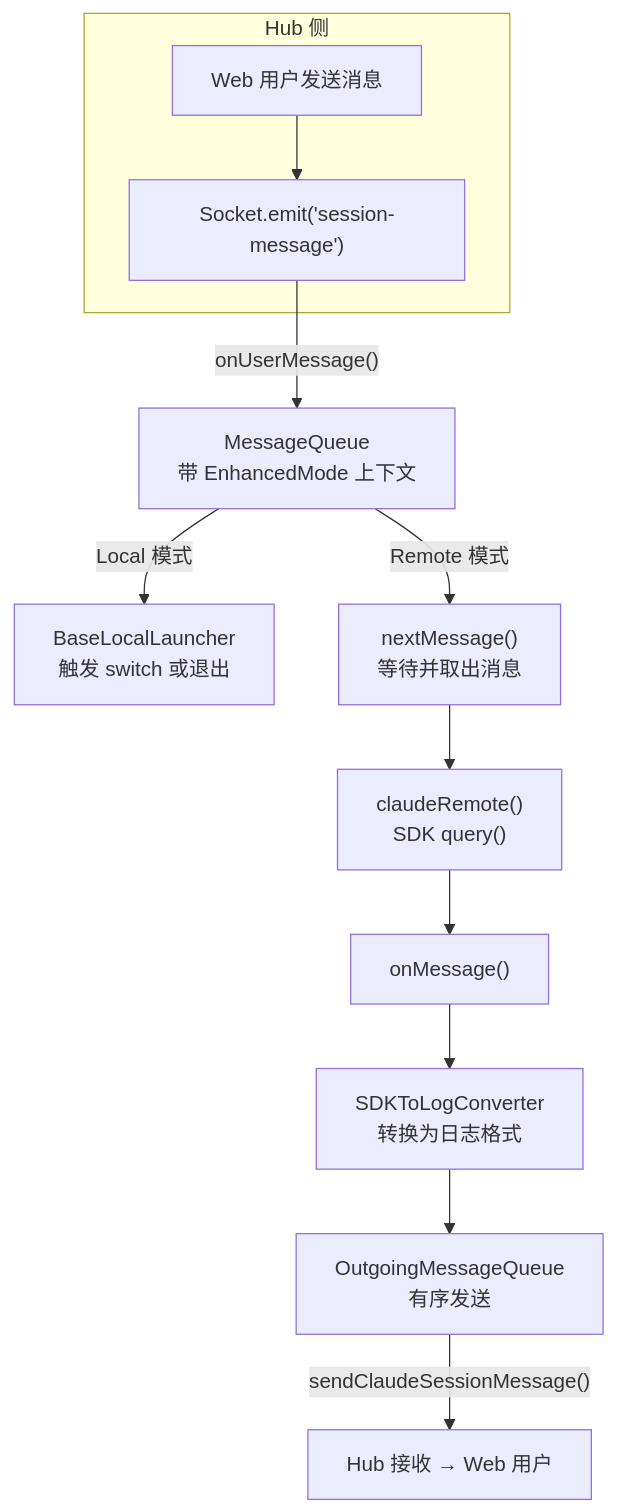
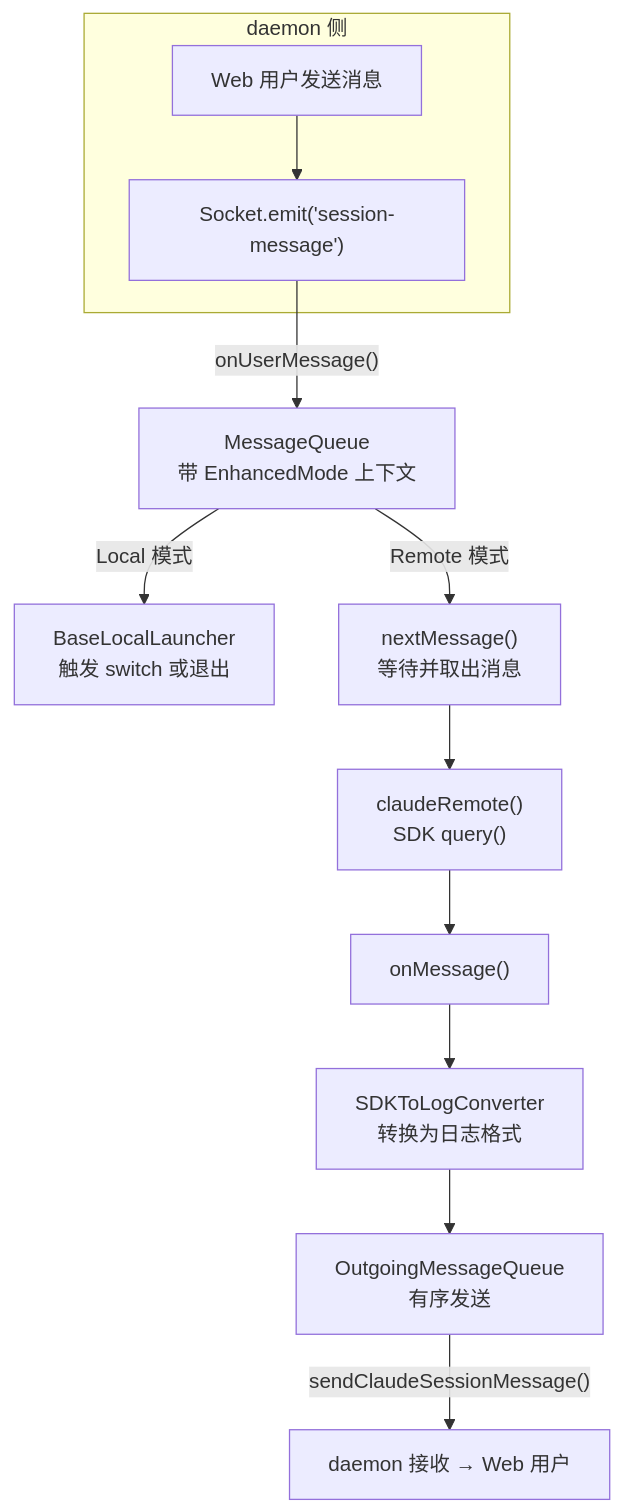
One commit to ModuBit/mobi changed the sixth of 7 diagrams in docs/architecture/cli/commands/claude/README.md. Above: the diagram before and after it, drawn with Mermaid. The commit also changed other lines of this file and 86 other files, not shown here.

````diff
--- a/docs/architecture/cli/commands/claude/README.md
+++ b/docs/architecture/cli/commands/claude/README.md
@@ -337,17 +335,17 @@
 ```mermaid
 flowchart TB
-    subgraph Hub["Hub 侧"]
+    subgraph daemon["daemon 侧"]
         User["Web 用户发送消息"] --> Emit["Socket.emit('session-message')"]
     end
 
     Emit -->|"onUserMessage()"| Queue["MessageQueue<br/>带 EnhancedMode 上下文"]
 
     Queue -->|"Local 模式"| LocalPath["BaseLocalLauncher<br/>触发 switch 或退出"]
     Queue -->|"Remote 模式"| RemotePath["nextMessage()<br/>等待并取出消息"]
 
     RemotePath --> SDK["claudeRemote()<br/>SDK query()"]
     SDK --> OnMsg["onMessage()"]
     OnMsg --> Convert["SDKToLogConverter<br/>转换为日志格式"]
     Convert --> Outgoing["OutgoingMessageQueue<br/>有序发送"]
-    Outgoing -->|"sendClaudeSessionMessage()"| HubRecv["Hub 接收 → Web 用户"]
+    Outgoing -->|"sendClaudeSessionMessage()"| DaemonRecv["daemon 接收 → Web 用户"]
 ```
````
